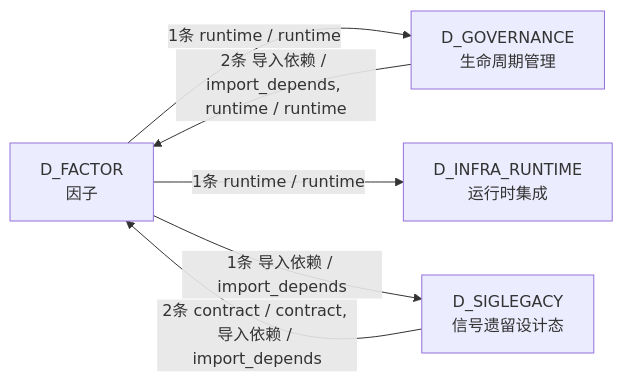
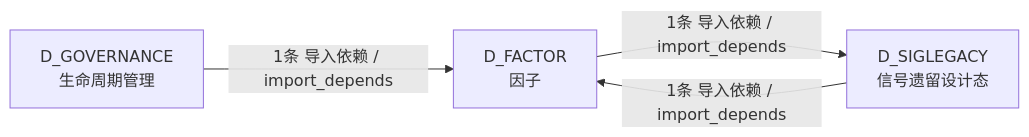
The fourth of 4 diagrams in docs/02_enterprise_architecture/02_domain_architecture_docs/34_d_factor.md (xuanFelixVan/ZephyrAlpha), drawn with Mermaid before and after one commit. The commit also changed other lines of this file and 122 other files, not shown here.

````diff
--- a/docs/02_enterprise_architecture/02_domain_architecture_docs/34_d_factor.md
+++ b/docs/02_enterprise_architecture/02_domain_architecture_docs/34_d_factor.md
@@ -210,12 +194,9 @@
 ```mermaid
 graph LR
     D_FACTOR["D_FACTOR<br/>因子"]
+    D_SIGLEGACY["D_SIGLEGACY<br/>信号遗留设计态"]
     D_GOVERNANCE["D_GOVERNANCE<br/>生命周期管理"]
-    D_INFRA_RUNTIME["D_INFRA_RUNTIME<br/>运行时集成"]
-    D_SIGLEGACY["D_SIGLEGACY<br/>信号遗留设计态"]
-    D_FACTOR -->|1条 runtime / runtime| D_GOVERNANCE
-    D_FACTOR -->|1条 runtime / runtime| D_INFRA_RUNTIME
     D_FACTOR -->|1条 导入依赖 / import_depends| D_SIGLEGACY
-    D_GOVERNANCE -->|2条 导入依赖 / import_depends, runtime / runtime| D_FACTOR
-    D_SIGLEGACY -->|2条 contract / contract, 导入依赖 / import_depends| D_FACTOR
+    D_GOVERNANCE -->|1条 导入依赖 / import_depends| D_FACTOR
+    D_SIGLEGACY -->|1条 导入依赖 / import_depends| D_FACTOR
 ```
````
